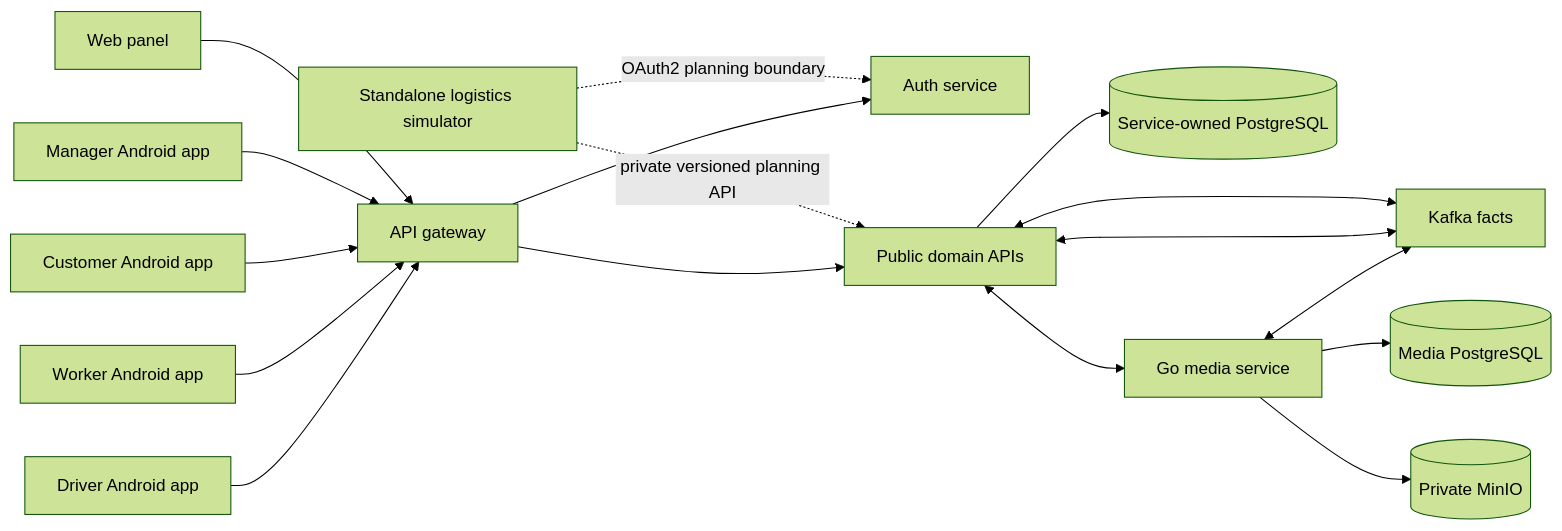
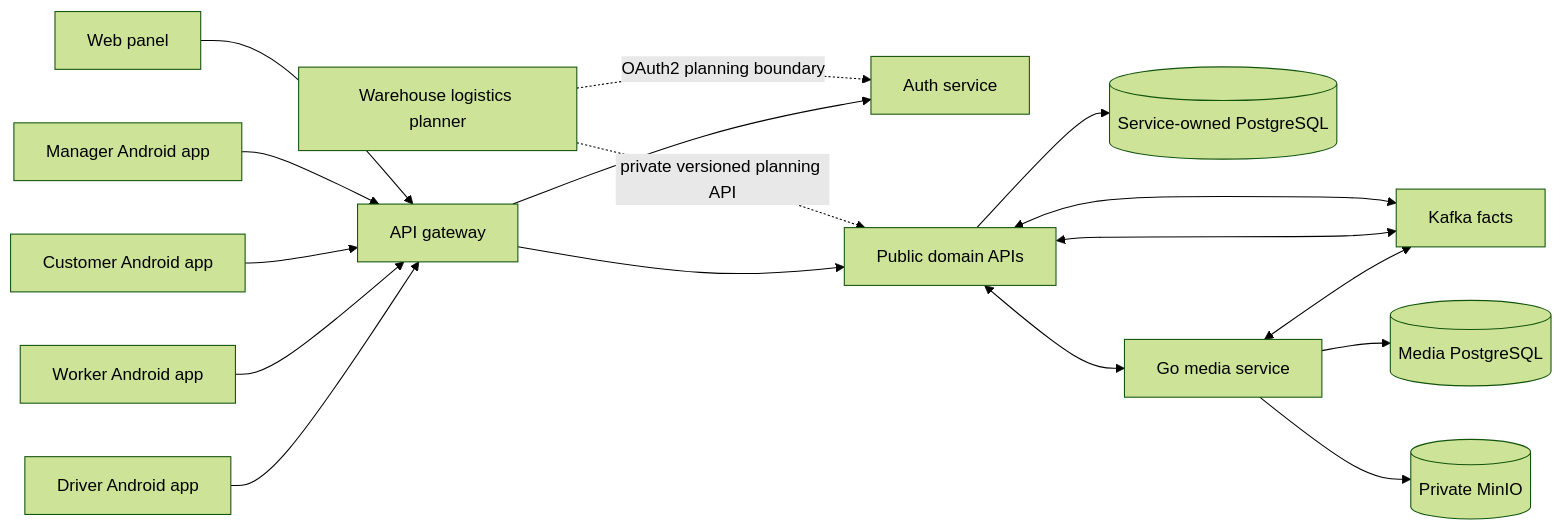
One commit to Buhanzaz/rwms changed the diagram in docs/project-knowledge/architecture.md. Above: the diagram before and after it, drawn with Mermaid (forest theme). The commit also changed other lines of this file and 330 other files, not shown here.

Commit message:
Complete warehouse and logistics domain workflows

````diff
--- a/docs/project-knowledge/architecture.md
+++ b/docs/project-knowledge/architecture.md
@@ -19,19 +19,19 @@
 ```mermaid
 flowchart LR
     Panel[Web panel] --> Gateway[API gateway]
     Manager[Manager Android app] --> Gateway
     Customer[Customer Android app] --> Gateway
     Worker[Worker Android app] --> Gateway
     Driver[Driver Android app] --> Gateway
-    Simulator[Standalone logistics simulator] -. OAuth2 planning boundary .-> Auth
-    Simulator -. private versioned planning API .-> Domain
+    Planner[Warehouse logistics planner] -. OAuth2 planning boundary .-> Auth
+    Planner -. private versioned planning API .-> Domain
     Gateway --> Auth[Auth service]
     Gateway --> Domain[Public domain APIs]
     Domain --> ServiceDB[(Service-owned PostgreSQL)]
     Domain <--> Kafka[Kafka facts]
     Media[Go media service] --> MediaDB[(Media PostgreSQL)]
     Media --> MinIO[(Private MinIO)]
     Domain <--> Media
     Domain <--> Kafka
     Media <--> Kafka
 ```
````
